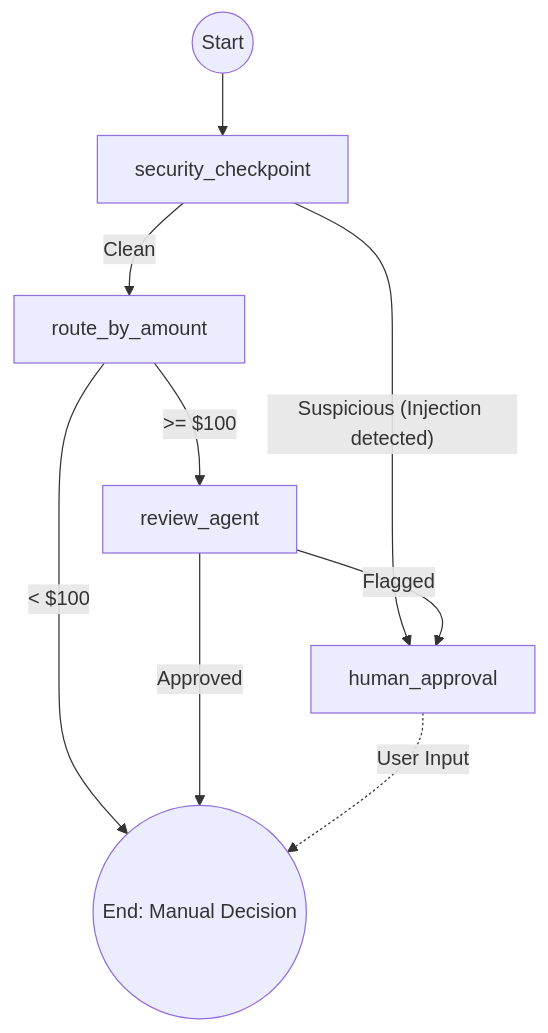
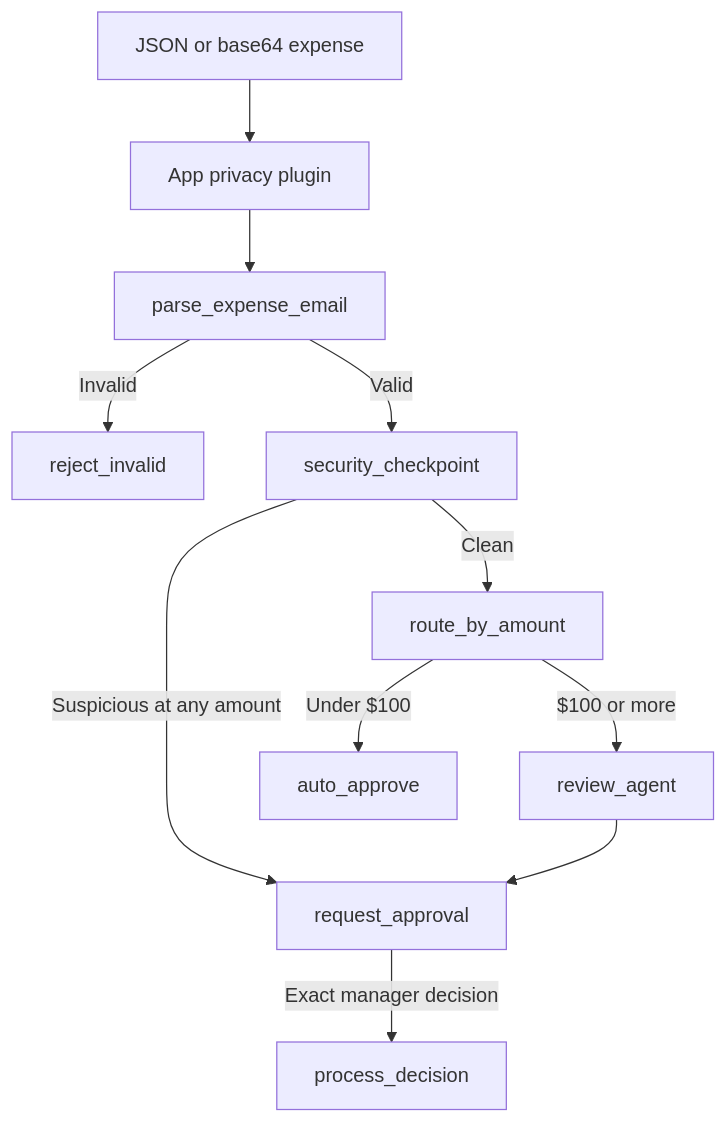
One commit to Reefat004/Ambient_Expense_Approval_Agent changed the diagram in ARCHITECTURE.md. Above: the diagram before and after it, drawn with Mermaid. The commit also changed other lines of this file and 48 other files, not shown here.

Commit message:
Harden expense approval routing and document local workflows

````diff
--- a/ARCHITECTURE.md
+++ b/ARCHITECTURE.md
@@ -54,14 +7,13 @@
 ```mermaid
 flowchart TD
-    Start((Start)) --> Security[security_checkpoint]
-    Security -- "Suspicious (Injection detected)" --> HITL[human_approval]
-    Security -- "Clean" --> RouteAmount[route_by_amount]
-    
-    RouteAmount -- "< $100" --> End((End: Auto-Approved))
-    RouteAmount -- ">= $100" --> LLM[review_agent]
-    
-    LLM -- "Approved" --> End((End: LLM Approved))
-    LLM -- "Flagged" --> HITL
-    
-    HITL -.-> |User Input| End((End: Manual Decision))
+    Input[JSON or base64 expense] --> Privacy[App privacy plugin]
+    Privacy --> Parse[parse_expense_email]
+    Parse -- Invalid --> Invalid[reject_invalid]
+    Parse -- Valid --> Security[security_checkpoint]
+    Security -- Suspicious at any amount --> Human[request_approval]
+    Security -- Clean --> Amount[route_by_amount]
+    Amount -- Under $100 --> Auto[auto_approve]
+    Amount -- $100 or more --> LLM[review_agent]
+    LLM --> Human
+    Human -- Exact manager decision --> Decision[process_decision]
 ```
````
